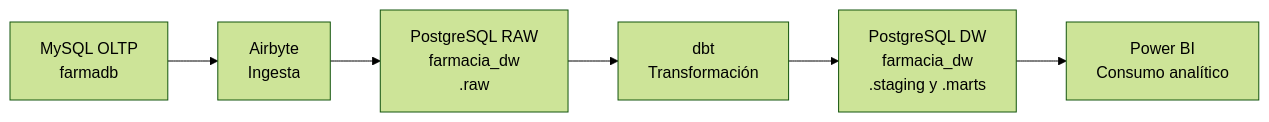
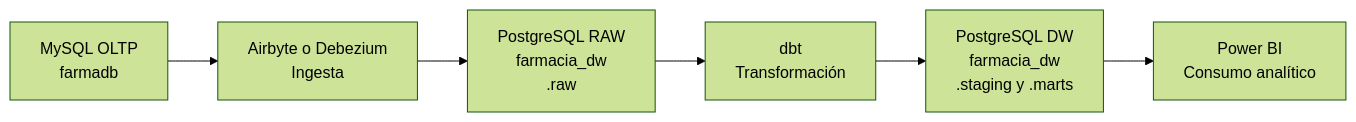
The diagram in README.md (261bi/farmacia-bi), drawn with Mermaid (forest theme) before and after one commit. The commit also changed other lines of this file and 31 other files, not shown here.

````diff
--- a/README.md
+++ b/README.md
@@ -13,8 +13,8 @@
 ```mermaid
 flowchart LR
-    A[MySQL OLTP<br/>farmadb] --> B[Airbyte<br/>Ingesta]
+    A[MySQL OLTP<br/>farmadb] --> B[Airbyte o Debezium<br/>Ingesta]
     B --> C[PostgreSQL RAW<br/>farmacia_dw<br/>.raw]
     C --> D[dbt<br/>Transformación]
     D --> E[PostgreSQL DW<br/>farmacia_dw<br/>.staging y .marts]
     E --> F[Power BI<br/>Consumo analítico]
 ```
````
